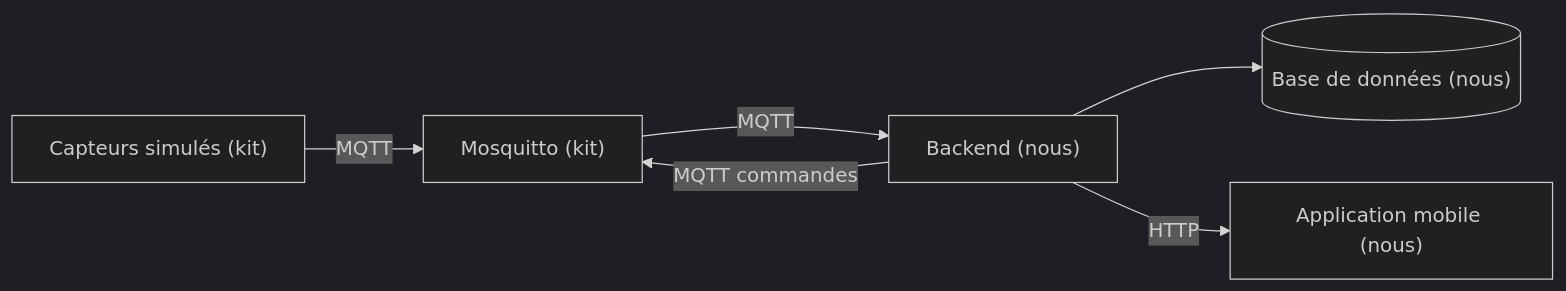
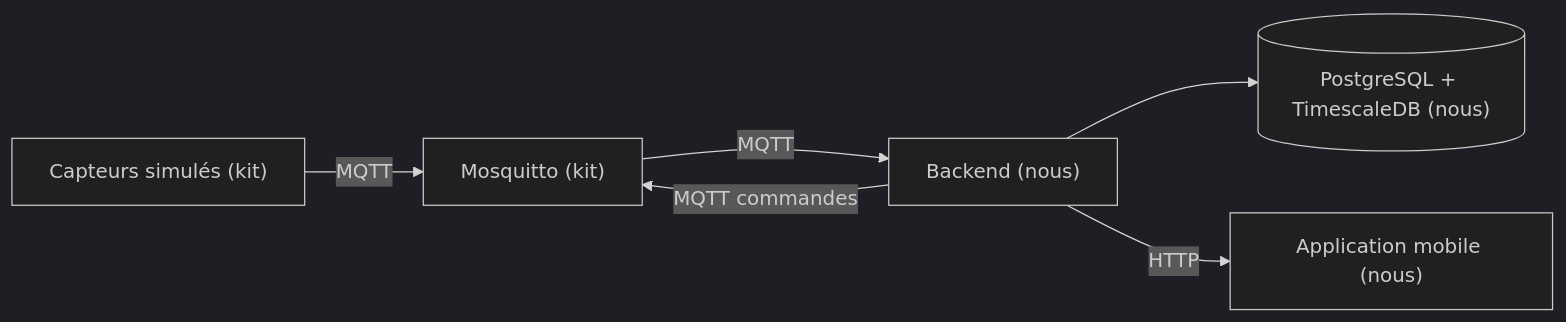
The diagram in docs/architecture.md (jeremy-prt/applications-mobiles-et-iot), drawn with Mermaid (dark theme) before and after one commit. The commit also changed other lines of this file and 8 other files, not shown here.

First line of the commit message:
docs: remplace SQLite par PostgreSQL et TimescaleDB, Express par Fastify

````diff
--- a/docs/architecture.md
+++ b/docs/architecture.md
@@ -7,8 +7,8 @@
 ```mermaid
 flowchart LR
     S["Capteurs simulés (kit)"] -->|MQTT| M["Mosquitto (kit)"]
     M -->|MQTT| B["Backend (nous)"]
-    B --> D[("Base de données (nous)")]
+    B --> D[("PostgreSQL + TimescaleDB (nous)")]
     B -->|HTTP| A["Application mobile (nous)"]
     B -->|MQTT commandes| M
 ```
````
